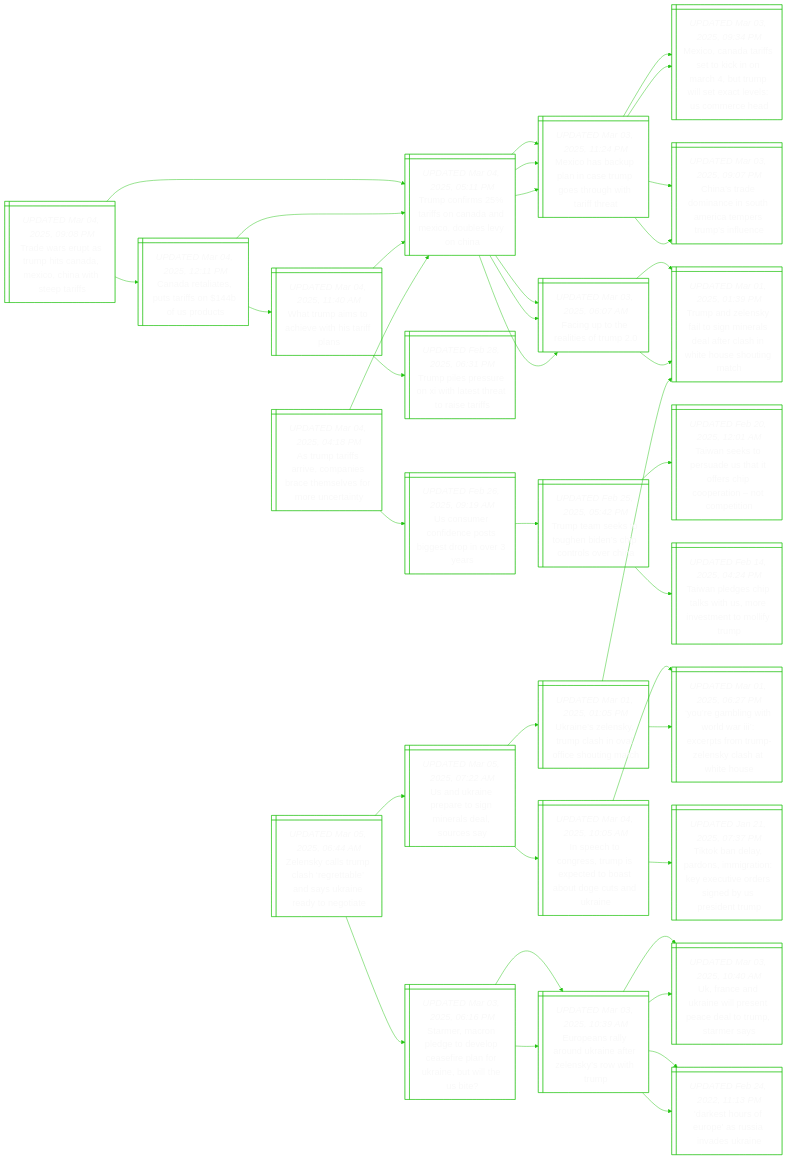
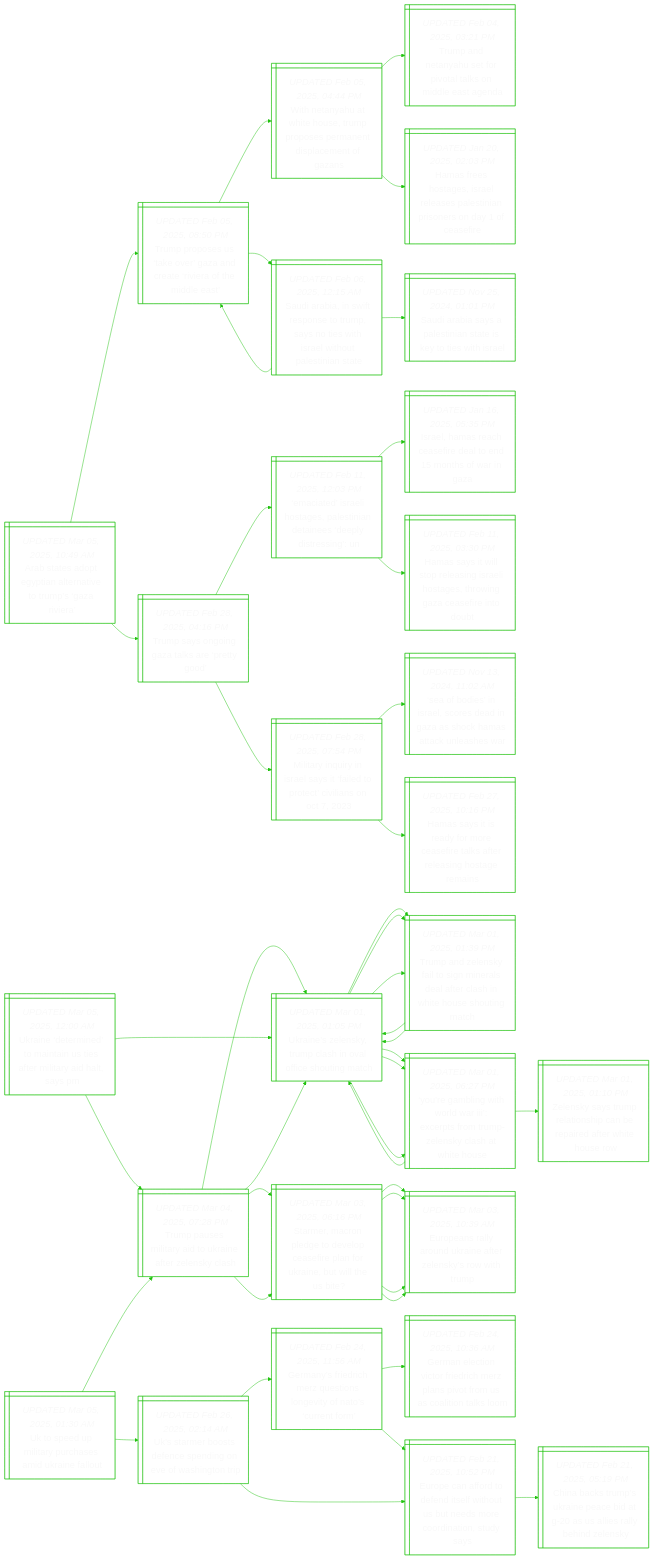
The diagram in README.md (notJmes/notJmes), drawn with Mermaid before and after one commit. The commit also changed other lines of this file, not shown here.

````diff
--- a/README.md
+++ b/README.md
@@ -16,93 +16,56 @@
 flowchart LR
 classDef txtsize font-size:20px;
 
-TwrspCacnhpf@{ shape: win-pane, label: "_UPDATED Mar 04, 2025, 09:08 PM_
-Trade wars erupt as trump hits canada, mexico, china with steep tariffs" }
-TcrroadcbeC@{ shape: win-pane, label: "_UPDATED Mar 04, 2025, 05:11 PM_
-Trump confirms 25% tariffs on canada and mexico, doubles levy on china" }
-MoapnTghhtfa@{ shape: win-pane, label: "_UPDATED Mar 03, 2025, 11:24 PM_
-Mexico has backup plan in case trump goes through with tariff threat" }
-ModieiocTwececra@{ shape: win-pane, label: "_UPDATED Mar 03, 2025, 09:34 PM_
-Mexico, canada tariffs set to kick in on march 4, but trump will set exact levels: us commerce head" }
-Csenitresple@{ shape: win-pane, label: "_UPDATED Mar 03, 2025, 09:07 PM_
-China’s trade dominance in south america tempers trump’s influence" }
-Fgtaer@{ shape: win-pane, label: "_UPDATED Mar 03, 2025, 06:07 AM_
-Facing up to the realities of trump 2.0" }
-TalytnretaWHsit@{ shape: win-pane, label: "_UPDATED Mar 01, 2025, 01:39 PM_
-Trump and zelensky fail to sign minerals deal after clash in white house shouting match" }
-Calstfort@{ shape: win-pane, label: "_UPDATED Mar 04, 2025, 12:11 PM_
-Canada retaliates, puts tariffs on $144b of us products" }
-TcrroadcbeC@{ shape: win-pane, label: "_UPDATED Mar 04, 2025, 05:11 PM_
-Trump confirms 25% tariffs on canada and mexico, doubles levy on china" }
-MoapnTghhtfa@{ shape: win-pane, label: "_UPDATED Mar 03, 2025, 11:24 PM_
-Mexico has backup plan in case trump goes through with tariff threat" }
-Fgtaer@{ shape: win-pane, label: "_UPDATED Mar 03, 2025, 06:07 AM_
-Facing up to the realities of trump 2.0" }
-Wriavhap@{ shape: win-pane, label: "_UPDATED Mar 04, 2025, 11:40 AM_
-What trump aims to achieve with his tariff plans" }
-TppuXhsertf@{ shape: win-pane, label: "_UPDATED Feb 28, 2025, 06:31 PM_
-Trump piles pressure on xi with latest threat to raise tariffs" }
-TcrroadcbeC@{ shape: win-pane, label: "_UPDATED Mar 04, 2025, 05:11 PM_
-Trump confirms 25% tariffs on canada and mexico, doubles levy on china" }
+AtaEittopae@{ shape: win-pane, label: "_UPDATED Mar 05, 2025, 10:49 AM_
+Arab states adopt egyptian alternative to trump’s ‘gaza riviera’" }
+Tpstvzceetda@{ shape: win-pane, label: "_UPDATED Feb 05, 2025, 08:50 PM_
+Trump proposes us ‘take over’ gaza and create ‘riviera of the middle east’" }
+WeaWHTpsrnpmfn@{ shape: win-pane, label: "_UPDATED Feb 05, 2025, 04:44 PM_
+With netanyahu at white house, trump proposes permanent displacement of gazans" }
+Tathfvtodsn@{ shape: win-pane, label: "_UPDATED Feb 04, 2025, 03:21 PM_
+Trump and netanyahu set for pivotal talks on middle east agenda" }
+Hfhgreeeiiraei@{ shape: win-pane, label: "_UPDATED Jan 20, 2025, 02:03 PM_
+Hamas frees hostages, israel releases palestinian prisoners on day 1 of ceasefire" }
+SAaiseuyitatPtne@{ shape: win-pane, label: "_UPDATED Feb 06, 2025, 12:15 AM_
+Saudi arabia, in swift response to trump, says no ties with israel without palestinian state" }
+Tpstvzceetda@{ shape: win-pane, label: "_UPDATED Feb 05, 2025, 08:50 PM_
+Trump proposes us ‘take over’ gaza and create ‘riviera of the middle east’" }
+SAaasateita@{ shape: win-pane, label: "_UPDATED Nov 25, 2024, 01:01 PM_
+Saudi arabia says a palestinian state is key to ties with israel" }
+Tsngtaeo@{ shape: win-pane, label: "_UPDATED Feb 28, 2025, 04:16 PM_
+Trump says ongoing gaza talks are ‘pretty good’" }
+Easiaaidnedeg@{ shape: win-pane, label: "_UPDATED Feb 11, 2025, 12:03 PM_
+‘emaciated’ israeli hostages, palestinian detainees ‘deeply distressing’: un" }
+Ilshedoooia@{ shape: win-pane, label: "_UPDATED Jan 16, 2025, 05:35 PM_
+Israel, hamas reach ceasefire deal to end 15 months of war in gaza" }
+Hstseirhgrgcfnu@{ shape: win-pane, label: "_UPDATED Feb 11, 2025, 03:30 PM_
+Hamas says it will stop releasing israeli hostages, throwing gaza ceasefire into doubt" }
+MaqiayattiaO@{ shape: win-pane, label: "_UPDATED Feb 28, 2025, 07:54 PM_
+Military inquiry in israel says it ‘failed to protect’ civilians on oct 7, 2023" }
+Sbsrcdnacaale@{ shape: win-pane, label: "_UPDATED Nov 13, 2024, 11:02 AM_
+‘sea of bodies’ in israel, scores dead in gaza as shock hamas attack unleashes war" }
+Hstarcfafeisrn@{ shape: win-pane, label: "_UPDATED Feb 27, 2025, 10:16 PM_
+Hamas says it is ready for more ceasefire talks after releasing hostage remains" }
 
-TwrspCacnhpf:::txtsize --> TcrroadcbeC:::txtsize
-TcrroadcbeC:::txtsize --> MoapnTghhtfa:::txtsize
-MoapnTghhtfa:::txtsize --> ModieiocTwececra:::txtsize
-MoapnTghhtfa:::txtsize --> Csenitresple:::txtsize
-TcrroadcbeC:::txtsize --> Fgtaer:::txtsize
-Fgtaer:::txtsize --> TalytnretaWHsit:::txtsize
-TwrspCacnhpf:::txtsize --> Calstfort:::txtsize
-Calstfort:::txtsize --> TcrroadcbeC:::txtsize
-TcrroadcbeC:::txtsize --> MoapnTghhtfa:::txtsize
-TcrroadcbeC:::txtsize --> Fgtaer:::txtsize
-Calstfort:::txtsize --> Wriavhap:::txtsize
-Wriavhap:::txtsize --> TppuXhsertf:::txtsize
-Wriavhap:::txtsize --> TcrroadcbeC:::txtsize
+AtaEittopae:::txtsize --> Tpstvzceetda:::txtsize
+Tpstvzceetda:::txtsize --> WeaWHTpsrnpmfn:::txtsize
+WeaWHTpsrnpmfn:::txtsize --> Tathfvtodsn:::txtsize
+WeaWHTpsrnpmfn:::txtsize --> Hfhgreeeiiraei:::txtsize
+Tpstvzceetda:::txtsize --> SAaiseuyitatPtne:::txtsize
+SAaiseuyitatPtne:::txtsize --> Tpstvzceetda:::txtsize
+SAaiseuyitatPtne:::txtsize --> SAaasateita:::txtsize
+AtaEittopae:::txtsize --> Tsngtaeo:::txtsize
+Tsngtaeo:::txtsize --> Easiaaidnedeg:::txtsize
+Easiaaidnedeg:::txtsize --> Ilshedoooia:::txtsize
+Easiaaidnedeg:::txtsize --> Hstseirhgrgcfnu:::txtsize
+Tsngtaeo:::txtsize --> MaqiayattiaO:::txtsize
+MaqiayattiaO:::txtsize --> Sbsrcdnacaale:::txtsize
+MaqiayattiaO:::txtsize --> Hstarcfafeisrn:::txtsize
 
-Amircnrhloert@{ shape: win-pane, label: "_UPDATED Mar 04, 2025, 04:18 PM_
-As trump tariffs arrive, companies brace themselves for more uncertainty" }
-TcrroadcbeC@{ shape: win-pane, label: "_UPDATED Mar 04, 2025, 05:11 PM_
-Trump confirms 25% tariffs on canada and mexico, doubles levy on china" }
-MoapnTghhtfa@{ shape: win-pane, label: "_UPDATED Mar 03, 2025, 11:24 PM_
-Mexico has backup plan in case trump goes through with tariff threat" }
-ModieiocTwececra@{ shape: win-pane, label: "_UPDATED Mar 03, 2025, 09:34 PM_
-Mexico, canada tariffs set to kick in on march 4, but trump will set exact levels: us commerce head" }
-Csenitresple@{ shape: win-pane, label: "_UPDATED Mar 03, 2025, 09:07 PM_
-China’s trade dominance in south america tempers trump’s influence" }
-Fgtaer@{ shape: win-pane, label: "_UPDATED Mar 03, 2025, 06:07 AM_
-Facing up to the realities of trump 2.0" }
-TalytnretaWHsit@{ shape: win-pane, label: "_UPDATED Mar 01, 2025, 01:39 PM_
-Trump and zelensky fail to sign minerals deal after clash in white house shouting match" }
-Uscdpbsper@{ shape: win-pane, label: "_UPDATED Feb 26, 2025, 09:19 AM_
-Us consumer confidence posts biggest drop in over 3 years" }
-TteohdhnsC@{ shape: win-pane, label: "_UPDATED Feb 25, 2025, 05:42 PM_
-Trump team seeks to toughen biden’s chip controls over china" }
-Tnsreafcoanmt@{ shape: win-pane, label: "_UPDATED Feb 20, 2025, 12:01 AM_
-Taiwan seeks to persuade us that it offers chip cooperation – not competition" }
-Tngikhrenoyp@{ shape: win-pane, label: "_UPDATED Feb 14, 2025, 04:24 PM_
-Taiwan pledges chip talks with us, more investment to mollify trump" }
-
-Amircnrhloert:::txtsize --> TcrroadcbeC:::txtsize
-TcrroadcbeC:::txtsize --> MoapnTghhtfa:::txtsize
-MoapnTghhtfa:::txtsize --> ModieiocTwececra:::txtsize
-MoapnTghhtfa:::txtsize --> Csenitresple:::txtsize
-TcrroadcbeC:::txtsize --> Fgtaer:::txtsize
-Fgtaer:::txtsize --> TalytnretaWHsit:::txtsize
-Amircnrhloert:::txtsize --> Uscdpbsper:::txtsize
-Uscdpbsper:::txtsize --> TteohdhnsC:::txtsize
-TteohdhnsC:::txtsize --> Tnsreafcoanmt:::txtsize
-TteohdhnsC:::txtsize --> Tngikhrenoyp:::txtsize
-
-Zsluagansiani@{ shape: win-pane, label: "_UPDATED Mar 05, 2025, 06:44 AM_
-Zelensky calls trump clash ‘regrettable’ and says ukraine ready to negotiate" }
-UUnpomaara@{ shape: win-pane, label: "_UPDATED Mar 05, 2025, 07:22 AM_
-Us and ukraine prepare to sign minerals deal, sources say" }
-IeCeuetbaDudi@{ shape: win-pane, label: "_UPDATED Mar 04, 2025, 10:05 AM_
-In speech to congress, trump is expected to boast about doge cuts and ukraine" }
-YgitlIcsTZsaWH@{ shape: win-pane, label: "_UPDATED Mar 01, 2025, 06:27 PM_
-‘you’re gambling with world war iii’: excerpts from trump-zelensky clash at white house" }
-TkeasgoetrsdPdr@{ shape: win-pane, label: "_UPDATED Jan 21, 2025, 07:37 PM_
-Tiktok ban delay, pardons, immigration: key executive orders signed by us president trump" }
+Uneeaiitlyay@{ shape: win-pane, label: "_UPDATED Mar 05, 2025, 12:00 AM_
+Ukraine ‘determined’ to maintain us ties after military aid halt, says pm" }
+Tpstikernl@{ shape: win-pane, label: "_UPDATED Mar 04, 2025, 07:28 PM_
+Trump pauses military aid to ukraine after zelensky clash" }
 Unlyphaiogh@{ shape: win-pane, label: "_UPDATED Mar 01, 2025, 01:05 PM_
 Ukraine’s zelensky, trump clash in oval office shouting match" }
 TalytnretaWHsit@{ shape: win-pane, label: "_UPDATED Mar 01, 2025, 01:39 PM_
@@ -113,30 +76,79 @@
 Starmer, macron pledge to develop ceasefire plan for ukraine, but will the us bite?" }
 EearUneesiu@{ shape: win-pane, label: "_UPDATED Mar 03, 2025, 10:39 AM_
 Europeans rally around ukraine after zelensky’s row with trump" }
-UndilseeTSes@{ shape: win-pane, label: "_UPDATED Mar 03, 2025, 10:40 AM_
-Uk, france and ukraine will present peace deal to trump, starmer says" }
-DsruasvUn@{ shape: win-pane, label: "_UPDATED Feb 24, 2022, 11:13 PM_
-'darkest hours of europe' as russia invades ukraine" }
 EearUneesiu@{ shape: win-pane, label: "_UPDATED Mar 03, 2025, 10:39 AM_
 Europeans rally around ukraine after zelensky’s row with trump" }
-UndilseeTSes@{ shape: win-pane, label: "_UPDATED Mar 03, 2025, 10:40 AM_
-Uk, france and ukraine will present peace deal to trump, starmer says" }
-DsruasvUn@{ shape: win-pane, label: "_UPDATED Feb 24, 2022, 11:13 PM_
-'darkest hours of europe' as russia invades ukraine" }
+Unlyphaiogh@{ shape: win-pane, label: "_UPDATED Mar 01, 2025, 01:05 PM_
+Ukraine’s zelensky, trump clash in oval office shouting match" }
+TalytnretaWHsit@{ shape: win-pane, label: "_UPDATED Mar 01, 2025, 01:39 PM_
+Trump and zelensky fail to sign minerals deal after clash in white house shouting match" }
+Unlyphaiogh@{ shape: win-pane, label: "_UPDATED Mar 01, 2025, 01:05 PM_
+Ukraine’s zelensky, trump clash in oval office shouting match" }
+Unlyphaiogh@{ shape: win-pane, label: "_UPDATED Mar 01, 2025, 01:05 PM_
+Ukraine’s zelensky, trump clash in oval office shouting match" }
+YgitlIcsTZsaWH@{ shape: win-pane, label: "_UPDATED Mar 01, 2025, 06:27 PM_
+‘you’re gambling with world war iii’: excerpts from trump-zelensky clash at white house" }
+Unlyphaiogh@{ shape: win-pane, label: "_UPDATED Mar 01, 2025, 01:05 PM_
+Ukraine’s zelensky, trump clash in oval office shouting match" }
+Zsymasaeeets@{ shape: win-pane, label: "_UPDATED Mar 01, 2025, 01:10 PM_
+Zelensky says trump relationship can be repaired after white house row" }
 
-Zsluagansiani:::txtsize --> UUnpomaara:::txtsize
-UUnpomaara:::txtsize --> IeCeuetbaDudi:::txtsize
-IeCeuetbaDudi:::txtsize --> YgitlIcsTZsaWH:::txtsize
-IeCeuetbaDudi:::txtsize --> TkeasgoetrsdPdr:::txtsize
-UUnpomaara:::txtsize --> Unlyphaiogh:::txtsize
+Uneeaiitlyay:::txtsize --> Tpstikernl:::txtsize
+Tpstikernl:::txtsize --> Unlyphaiogh:::txtsize
 Unlyphaiogh:::txtsize --> TalytnretaWHsit:::txtsize
 Unlyphaiogh:::txtsize --> YgitlIcsTZsaWH:::txtsize
-Zsluagansiani:::txtsize --> Sereolarnkeiet:::txtsize
+Tpstikernl:::txtsize --> Sereolarnkeiet:::txtsize
 Sereolarnkeiet:::txtsize --> EearUneesiu:::txtsize
-EearUneesiu:::txtsize --> UndilseeTSes:::txtsize
-EearUneesiu:::txtsize --> DsruasvUn:::txtsize
 Sereolarnkeiet:::txtsize --> EearUneesiu:::txtsize
-EearUneesiu:::txtsize --> UndilseeTSes:::txtsize
-EearUneesiu:::txtsize --> DsruasvUn:::txtsize
+Uneeaiitlyay:::txtsize --> Unlyphaiogh:::txtsize
+Unlyphaiogh:::txtsize --> TalytnretaWHsit:::txtsize
+TalytnretaWHsit:::txtsize --> Unlyphaiogh:::txtsize
+TalytnretaWHsit:::txtsize --> Unlyphaiogh:::txtsize
+Unlyphaiogh:::txtsize --> YgitlIcsTZsaWH:::txtsize
+YgitlIcsTZsaWH:::txtsize --> Unlyphaiogh:::txtsize
+YgitlIcsTZsaWH:::txtsize --> Zsymasaeeets:::txtsize
+
+Upptusiaat@{ shape: win-pane, label: "_UPDATED Mar 05, 2025, 01:30 AM_
+Uk to speed up military purchases amid ukraine fallout" }
+Tpstikernl@{ shape: win-pane, label: "_UPDATED Mar 04, 2025, 07:28 PM_
+Trump pauses military aid to ukraine after zelensky clash" }
+Unlyphaiogh@{ shape: win-pane, label: "_UPDATED Mar 01, 2025, 01:05 PM_
+Ukraine’s zelensky, trump clash in oval office shouting match" }
+TalytnretaWHsit@{ shape: win-pane, label: "_UPDATED Mar 01, 2025, 01:39 PM_
+Trump and zelensky fail to sign minerals deal after clash in white house shouting match" }
+YgitlIcsTZsaWH@{ shape: win-pane, label: "_UPDATED Mar 01, 2025, 06:27 PM_
+‘you’re gambling with world war iii’: excerpts from trump-zelensky clash at white house" }
+Sereolarnkeiet@{ shape: win-pane, label: "_UPDATED Mar 03, 2025, 06:16 PM_
+Starmer, macron pledge to develop ceasefire plan for ukraine, but will the us bite?" }
+EearUneesiu@{ shape: win-pane, label: "_UPDATED Mar 03, 2025, 10:39 AM_
+Europeans rally around ukraine after zelensky’s row with trump" }
+EearUneesiu@{ shape: win-pane, label: "_UPDATED Mar 03, 2025, 10:39 AM_
+Europeans rally around ukraine after zelensky’s row with trump" }
+Uabsnegesti@{ shape: win-pane, label: "_UPDATED Feb 26, 2025, 02:14 AM_
+Uk’s starmer boosts defence spending on eve of washington trip" }
+Gnicztlvfser@{ shape: win-pane, label: "_UPDATED Feb 24, 2025, 11:56 AM_
+Germany’s friedrich merz questions longevity of nato’s ‘current form’" }
+GntiFreavositl@{ shape: win-pane, label: "_UPDATED Feb 24, 2025, 10:36 AM_
+German election victor friedrich merz plans pivot from us as coalition talks loom" }
+Eeftesittsciods@{ shape: win-pane, label: "_UPDATED Feb 21, 2025, 10:52 PM_
+Europe can afford to defend itself without us but needs more coordination, study says" }
+Eeftesittsciods@{ shape: win-pane, label: "_UPDATED Feb 21, 2025, 10:52 PM_
+Europe can afford to defend itself without us but needs more coordination, study says" }
+CbTsiadslaeZs@{ shape: win-pane, label: "_UPDATED Feb 21, 2025, 05:19 PM_
+China backs trump’s ukraine peace bid at g-20 as us allies rally behind zelensky" }
+
+Upptusiaat:::txtsize --> Tpstikernl:::txtsize
+Tpstikernl:::txtsize --> Unlyphaiogh:::txtsize
+Unlyphaiogh:::txtsize --> TalytnretaWHsit:::txtsize
+Unlyphaiogh:::txtsize --> YgitlIcsTZsaWH:::txtsize
+Tpstikernl:::txtsize --> Sereolarnkeiet:::txtsize
+Sereolarnkeiet:::txtsize --> EearUneesiu:::txtsize
+Sereolarnkeiet:::txtsize --> EearUneesiu:::txtsize
+Upptusiaat:::txtsize --> Uabsnegesti:::txtsize
+Uabsnegesti:::txtsize --> Gnicztlvfser:::txtsize
+Gnicztlvfser:::txtsize --> GntiFreavositl:::txtsize
+Gnicztlvfser:::txtsize --> Eeftesittsciods:::txtsize
+Uabsnegesti:::txtsize --> Eeftesittsciods:::txtsize
+Eeftesittsciods:::txtsize --> CbTsiadslaeZs:::txtsize
 
 ```
````
